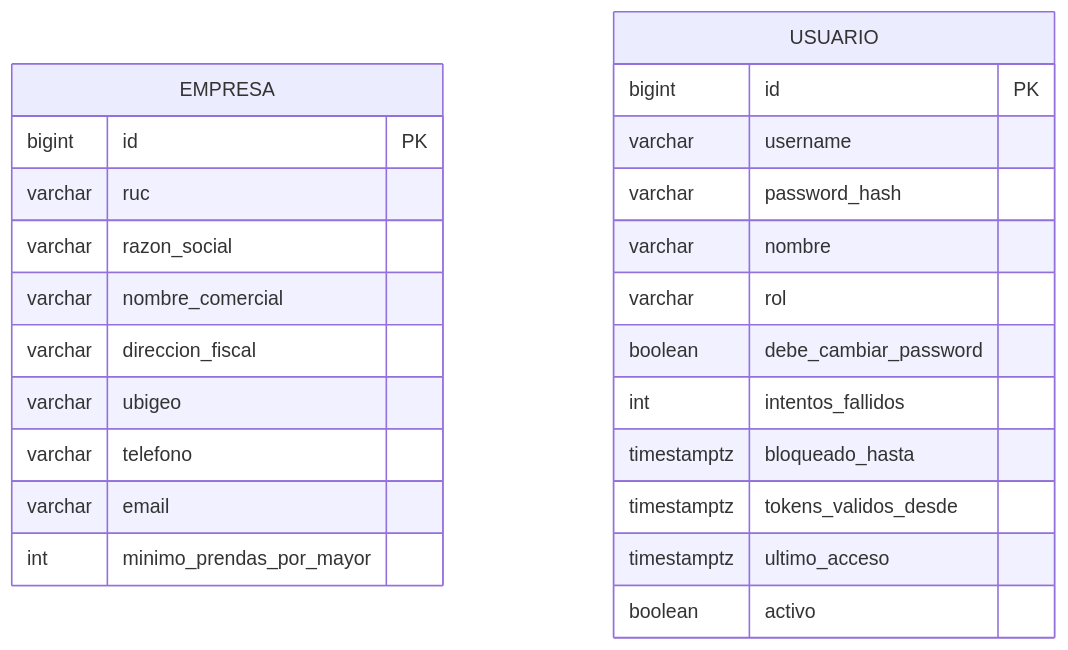
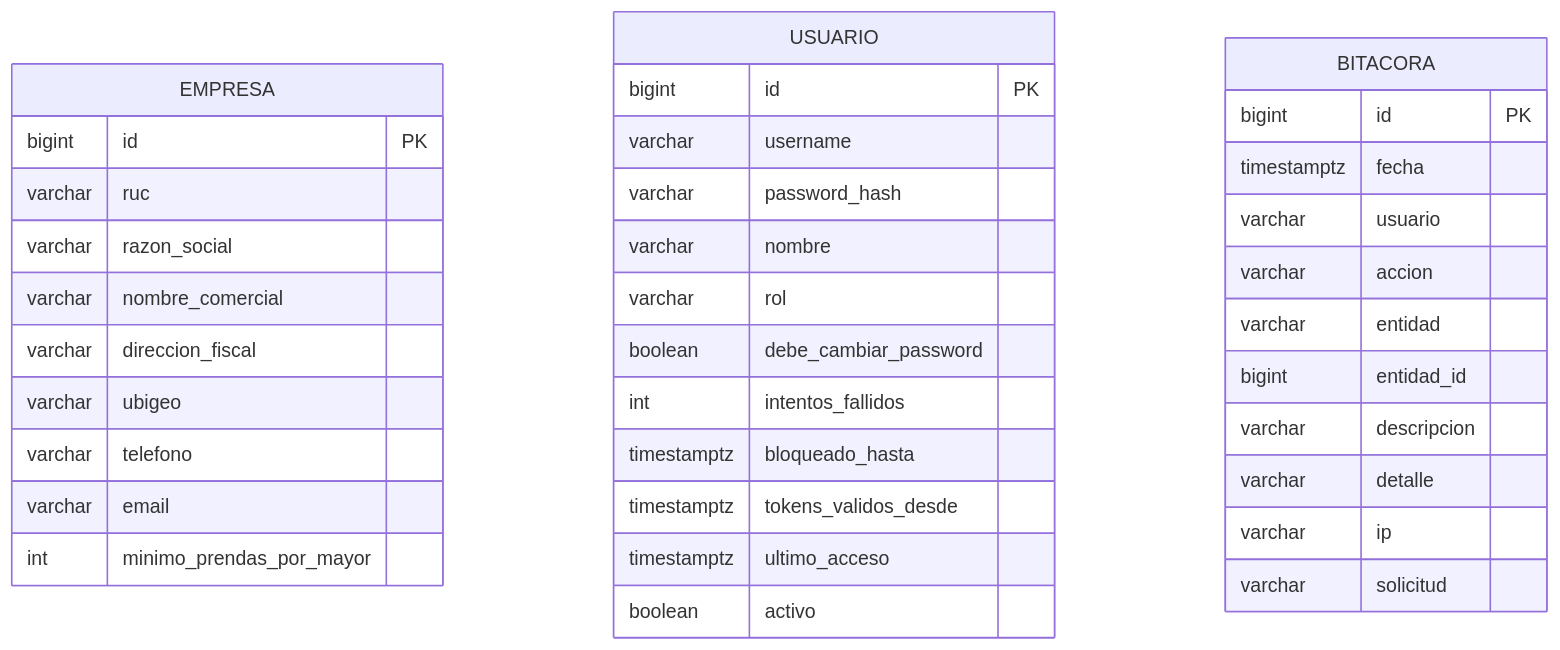
One commit to JhonAlex1997/All-Store changed the fifth of 5 diagrams in docs/modelo-datos.md. Above: the diagram before and after it, drawn with Mermaid. The commit also changed other lines of this file and 1 other file, not shown here.

````diff
--- a/docs/modelo-datos.md
+++ b/docs/modelo-datos.md
@@ -463,27 +694,39 @@
 ```mermaid
 erDiagram
   EMPRESA {
     bigint id PK
     varchar ruc
     varchar razon_social
     varchar nombre_comercial
     varchar direccion_fiscal
     varchar ubigeo
     varchar telefono
     varchar email
     int minimo_prendas_por_mayor
   }
   USUARIO {
     bigint id PK
     varchar username
     varchar password_hash
     varchar nombre
     varchar rol
     boolean debe_cambiar_password
     int intentos_fallidos
     timestamptz bloqueado_hasta
     timestamptz tokens_validos_desde
     timestamptz ultimo_acceso
     boolean activo
   }
+  BITACORA {
+    bigint id PK
+    timestamptz fecha
+    varchar usuario
+    varchar accion
+    varchar entidad
+    bigint entidad_id
+    varchar descripcion
+    varchar detalle
+    varchar ip
+    varchar solicitud
+  }
 ```
````
